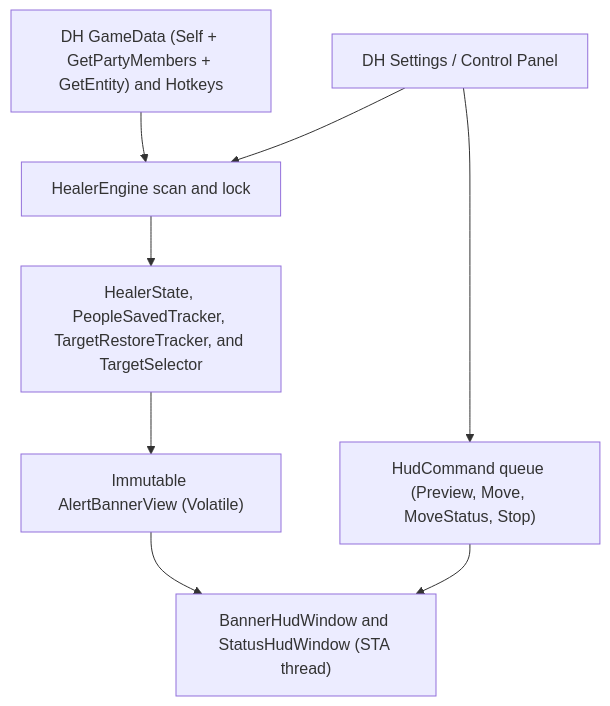
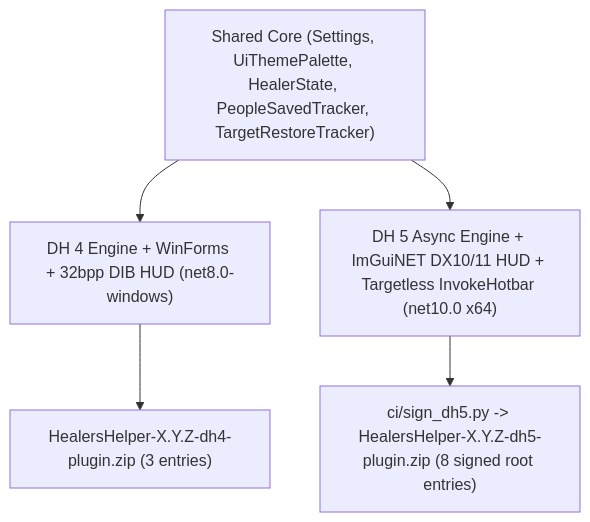
One commit to Hagaygur/DDO-Healers-Helper changed the diagram in docs/human/ARCHITECTURE.md. Above: the diagram before and after it, drawn with Mermaid. The commit also changed other lines of this file and 54 other files, not shown here.

````diff
--- a/docs/human/ARCHITECTURE.md
+++ b/docs/human/ARCHITECTURE.md
@@ -28,10 +21,7 @@
 ```mermaid
 flowchart TD
-  A["DH GameData (Self + GetPartyMembers + GetEntity) and Hotkeys"] --> B["HealerEngine scan and lock"]
-  B --> C["HealerState, PeopleSavedTracker, TargetRestoreTracker, and TargetSelector"]
-  C --> D["Immutable AlertBannerView (Volatile)"]
-  D --> E["BannerHudWindow and StatusHudWindow (STA thread)"]
-  F["DH Settings / Control Panel"] --> B
-  F --> G["HudCommand queue (Preview, Move, MoveStatus, Stop)"]
-  G --> E
+  A["Shared Core (Settings, UiThemePalette, HealerState, PeopleSavedTracker, TargetRestoreTracker)"] --> B["DH 4 Engine + WinForms + 32bpp DIB HUD (net8.0-windows)"]
+  A --> C["DH 5 Async Engine + ImGuiNET DX10/11 HUD + Targetless InvokeHotbar (net10.0 x64)"]
+  B --> D["HealersHelper-X.Y.Z-dh4-plugin.zip (3 entries)"]
+  C --> E["ci/sign_dh5.py -> HealersHelper-X.Y.Z-dh5-plugin.zip (8 signed root entries)"]
 ```
````
